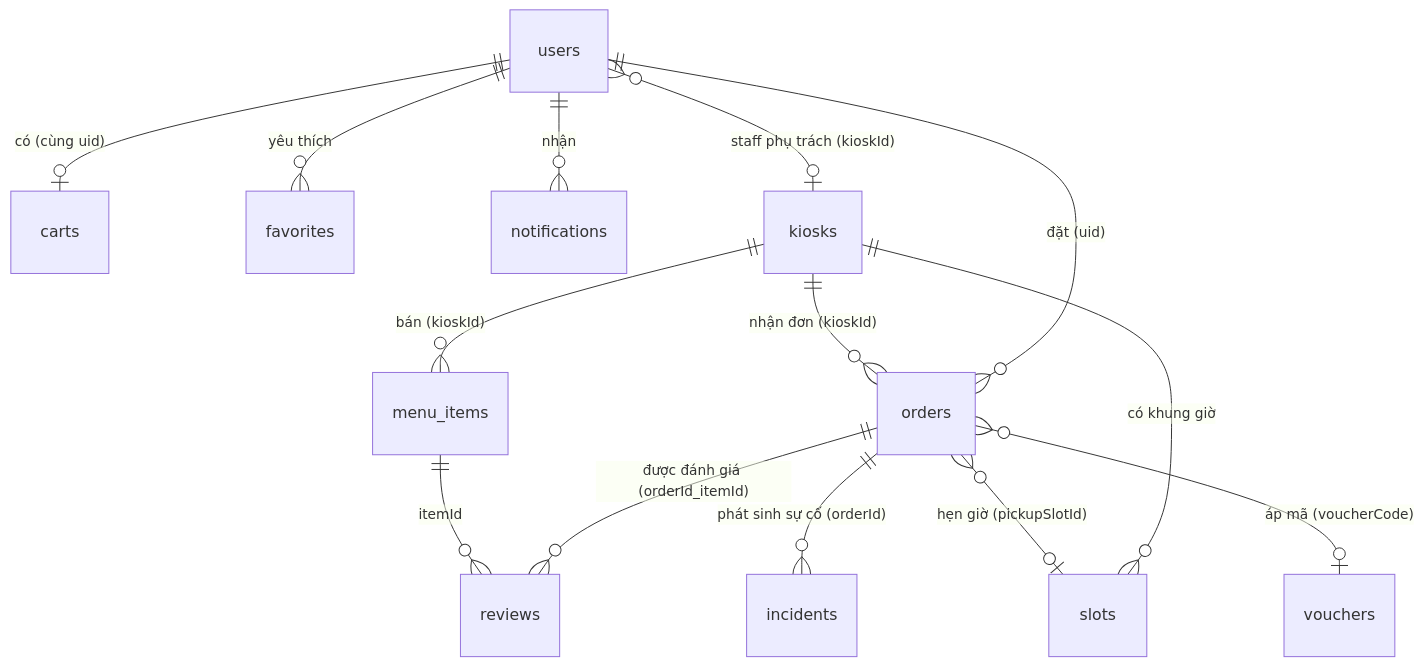
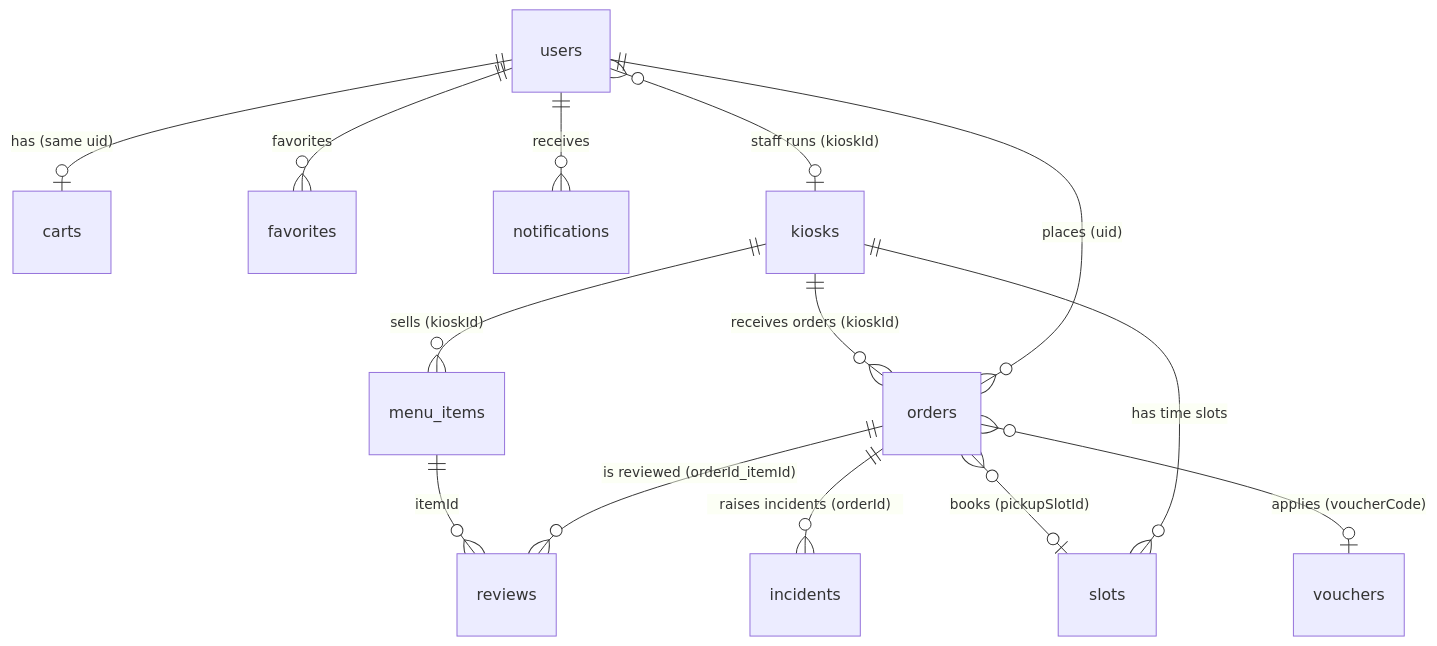
Before and after one commit to baonv0817/PRM393_Lab03_Group2: the first of 2 diagrams in docs/data-model.md, drawn with Mermaid. The commit also changed other lines of this file and 19 other files, not shown here.

````diff
--- a/docs/data-model.md
+++ b/docs/data-model.md
@@ -23,16 +23,16 @@
 ```mermaid
 erDiagram
-    users ||--o{ orders : "đặt (uid)"
-    users ||--o| carts : "có (cùng uid)"
-    users ||--o{ favorites : "yêu thích"
-    users ||--o{ notifications : "nhận"
-    users }o--o| kiosks : "staff phụ trách (kioskId)"
-    kiosks ||--o{ menu_items : "bán (kioskId)"
-    kiosks ||--o{ slots : "có khung giờ"
-    kiosks ||--o{ orders : "nhận đơn (kioskId)"
-    orders ||--o{ reviews : "được đánh giá (orderId_itemId)"
-    orders ||--o{ incidents : "phát sinh sự cố (orderId)"
-    orders }o--o| slots : "hẹn giờ (pickupSlotId)"
-    orders }o--o| vouchers : "áp mã (voucherCode)"
+    users ||--o{ orders : "places (uid)"
+    users ||--o| carts : "has (same uid)"
+    users ||--o{ favorites : "favorites"
+    users ||--o{ notifications : "receives"
+    users }o--o| kiosks : "staff runs (kioskId)"
+    kiosks ||--o{ menu_items : "sells (kioskId)"
+    kiosks ||--o{ slots : "has time slots"
+    kiosks ||--o{ orders : "receives orders (kioskId)"
+    orders ||--o{ reviews : "is reviewed (orderId_itemId)"
+    orders ||--o{ incidents : "raises incidents (orderId)"
+    orders }o--o| slots : "books (pickupSlotId)"
+    orders }o--o| vouchers : "applies (voucherCode)"
     menu_items ||--o{ reviews : "itemId"
 ```
````
